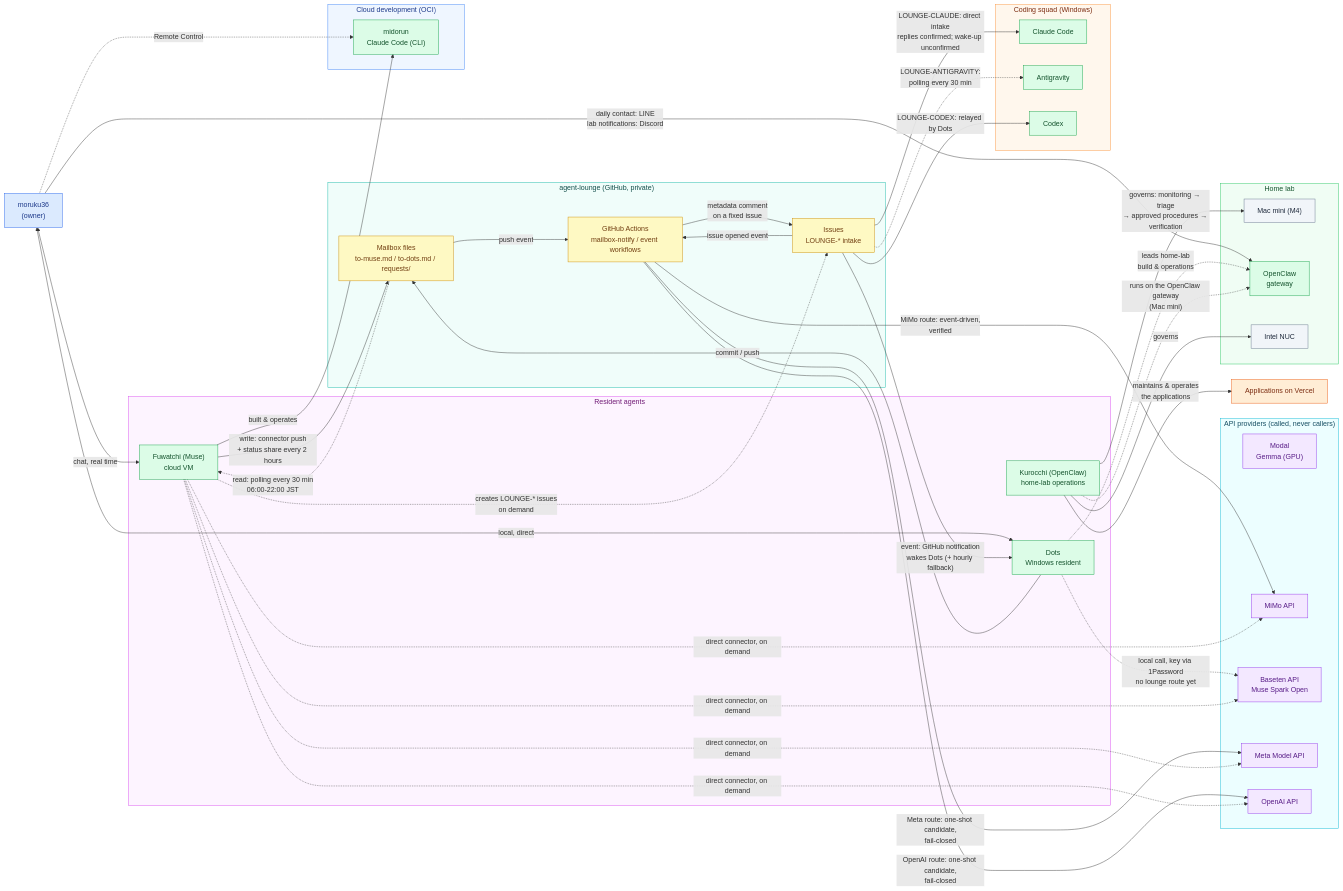
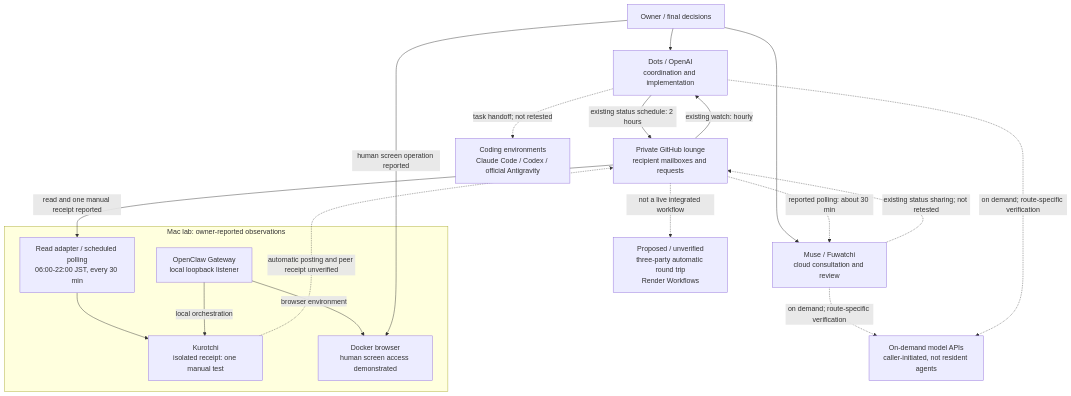
Before and after one commit to moruku36/multi-ai-workflow: the diagram in tools/architecture/network-topology.en.mmd, drawn with Mermaid. The commit also changed 7 other files, not shown here.

Commit message:
docs: refresh November 6 current architecture and logical topology

```diff
--- a/tools/architecture/network-topology.en.mmd
+++ b/tools/architecture/network-topology.en.mmd
@@ -1,95 +1,30 @@
-flowchart LR
-    MORI["moruku36<br/>(owner)"]
-
-    subgraph RESIDENTS["Resident agents"]
-        FUWA["Fuwatchi (Muse)<br/>cloud VM"]
-        DOTS["Dots<br/>Windows resident"]
-        KURO["Kurocchi (OpenClaw)<br/>home-lab operations"]
+flowchart TB
+    OWNER["Owner / final decisions"]
+    DOTS["Dots / OpenAI<br/>coordination and implementation"]
+    MUSE["Muse / Fuwatchi<br/>cloud consultation and review"]
+    LOUNGE["Private GitHub lounge<br/>recipient mailboxes and requests"]
+    subgraph MAC["Mac lab: owner-reported observations"]
+        GATE["OpenClaw Gateway<br/>local loopback listener"]
+        ADAPTER["Read adapter / scheduled polling<br/>06:00-22:00 JST, every 30 min"]
+        KURO["Kurotchi<br/>isolated receipt: one manual test"]
+        BROWSER["Docker browser<br/>human screen access demonstrated"]
     end
-
-    subgraph LOUNGE["agent-lounge (GitHub, private)"]
-        FILES["Mailbox files<br/>to-muse.md / to-dots.md / requests/"]
-        ACTIONS["GitHub Actions<br/>mailbox-notify / event workflows"]
-        ISSUES["Issues<br/>LOUNGE-* intake"]
-    end
-
-    subgraph APIS["API providers (called, never callers)"]
-        MODAL["Modal<br/>Gemma (GPU)"]
-        MIMO["MiMo API"]
-        BASETEN["Baseten API<br/>Muse Spark Open"]
-        META["Meta Model API"]
-        OPENAI["OpenAI API"]
-    end
-
-    subgraph SQUAD["Coding squad (Windows)"]
-        CC["Claude Code"]
-        AG["Antigravity"]
-        CODEX["Codex"]
-    end
-
-    subgraph CLOUDDEV["Cloud development (OCI)"]
-        MID["midorun<br/>Claude Code (CLI)"]
-    end
-
-    subgraph LAB["Home lab"]
-        MAC["Mac mini (M4)"]
-        OC["OpenClaw<br/>gateway"]
-        NUC["Intel NUC"]
-    end
-
-    VERCEL["Applications on Vercel"]
-
-    MORI <-->|"chat, real time"| FUWA
-    MORI <-->|"local, direct"| DOTS
-
-    FUWA -->|"write: connector push<br/>+ status share every 2 hours"| FILES
-    FILES -.->|"read: polling every 30 min<br/>06:00-22:00 JST"| FUWA
-    DOTS -->|"commit / push"| FILES
-    FILES -->|"push event"| ACTIONS
-    ACTIONS -->|"metadata comment<br/>on a fixed issue"| ISSUES
-    ISSUES -->|"issue opened event"| ACTIONS
-    ISSUES -->|"event: GitHub notification<br/>wakes Dots (+ hourly fallback)"| DOTS
-    FUWA -.->|"creates LOUNGE-* issues<br/>on demand"| ISSUES
-
-    ACTIONS -->|"MiMo route: event-driven,<br/>verified"| MIMO
-    ACTIONS -->|"Meta route: one-shot candidate,<br/>fail-closed"| META
-    ACTIONS -->|"OpenAI route: one-shot candidate,<br/>fail-closed"| OPENAI
-    DOTS -.->|"local call, key via 1Password<br/>no lounge route yet"| BASETEN
-    FUWA -.->|"direct connector, on demand"| MIMO
-    FUWA -.->|"direct connector, on demand"| META
-    FUWA -.->|"direct connector, on demand"| BASETEN
-    FUWA -.->|"direct connector, on demand"| OPENAI
-
-    ISSUES -->|"LOUNGE-CLAUDE: direct intake<br/>replies confirmed; wake-up unconfirmed"| CC
-    ISSUES -.->|"LOUNGE-ANTIGRAVITY:<br/>polling every 30 min"| AG
-    ISSUES -->|"LOUNGE-CODEX: relayed by Dots"| CODEX
-
-    FUWA -->|"built & operates"| MID
-    MORI -.->|"Remote Control"| MID
-
-    MORI -->|"daily contact: LINE<br/>lab notifications: Discord"| OC
-    DOTS -.->|"leads home-lab<br/>build & operations"| OC
-    KURO -.->|"runs on the OpenClaw gateway<br/>(Mac mini)"| OC
-    KURO -->|"governs: monitoring → triage<br/>→ approved procedures → verification"| MAC
-    KURO -->|"governs"| NUC
-    KURO -->|"maintains & operates<br/>the applications"| VERCEL
-
-    classDef user fill:#dbeafe,stroke:#2563eb,color:#1e3a8a
-    classDef agent fill:#dcfce7,stroke:#16a34a,color:#14532d
-    classDef hub fill:#fef9c3,stroke:#ca8a04,color:#713f12
-    classDef external fill:#f3e8ff,stroke:#9333ea,color:#581c87
-    classDef app fill:#ffedd5,stroke:#ea580c,color:#7c2d12
-    classDef host fill:#f1f5f9,stroke:#64748b,color:#1e293b
-    class MORI user
-    class FUWA,DOTS,KURO,CC,CODEX,AG,OC,MID agent
-    class FILES,ISSUES,ACTIONS hub
-    class MIMO,META,OPENAI,BASETEN,MODAL external
-    class VERCEL app
-    class MAC,NUC host
-
-    style RESIDENTS fill:#fdf4ff,stroke:#d946ef,color:#701a75
-    style LOUNGE fill:#f0fdfa,stroke:#14b8a6,color:#134e4a
-    style APIS fill:#ecfeff,stroke:#06b6d4,color:#164e63
-    style SQUAD fill:#fff7ed,stroke:#fb923c,color:#7c2d12
-    style CLOUDDEV fill:#eff6ff,stroke:#3b82f6,color:#1e3a8a
-    style LAB fill:#f0fdf4,stroke:#22c55e,color:#14532d
+    WORKERS["Coding environments<br/>Claude Code / Codex / official Antigravity"]
+    API["On-demand model APIs<br/>caller-initiated, not resident agents"]
+    FUTURE["Proposed / unverified<br/>three-party automatic round trip<br/>Render Workflows"]
+    OWNER --> DOTS
+    OWNER --> MUSE
+    DOTS -->|"existing status schedule: 2 hours"| LOUNGE
+    LOUNGE -->|"existing watch: hourly"| DOTS
+    MUSE -.->|"existing status sharing; not retested"| LOUNGE
+    LOUNGE -.->|"reported polling: about 30 min"| MUSE
+    LOUNGE -->|"read and one manual receipt reported"| ADAPTER
+    ADAPTER --> KURO
+    GATE -->|"local orchestration"| KURO
+    GATE -->|"browser environment"| BROWSER
+    OWNER -->|"human screen operation reported"| BROWSER
+    KURO -.->|"automatic posting and peer receipt unverified"| LOUNGE
+    DOTS -.->|"task handoff; not retested"| WORKERS
+    MUSE -.->|"on demand; route-specific verification"| API
+    DOTS -.->|"on demand; route-specific verification"| API
+    LOUNGE -.->|"not a live integrated workflow"| FUTURE
```
